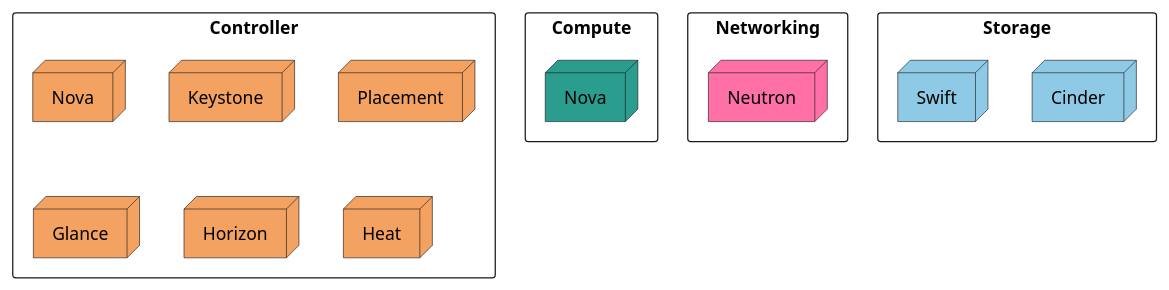
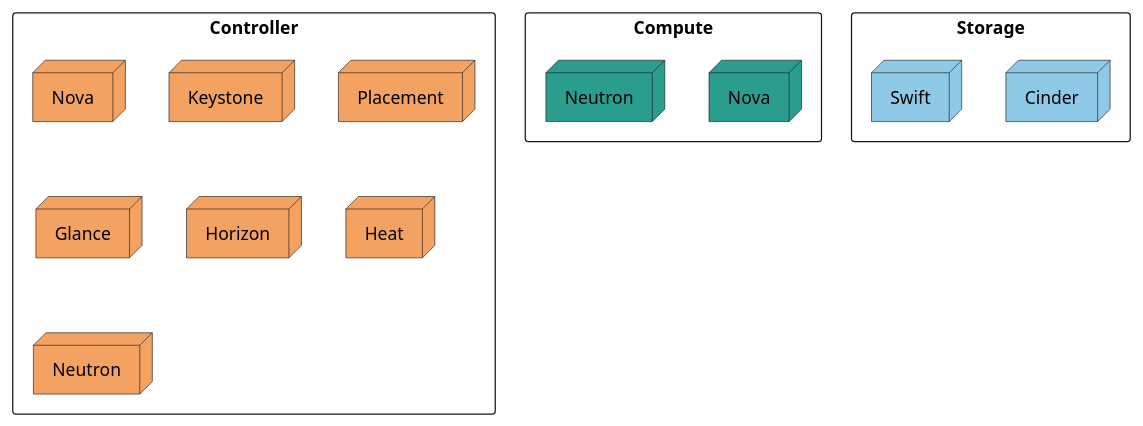
The diagram in src/docs/openstack-architecture.org (greppers/greppers.github.io), drawn with PlantUML before and after one commit. The commit also changed 3 other files, not shown here.

```diff
--- a/src/docs/openstack-architecture.org
+++ b/src/docs/openstack-architecture.org
@@ -5,28 +5,26 @@
 #+begin_src plantuml :file ../../assets/images/arch.svg :exports results
 @startuml
 skinparam BackgroundColor transparent
 skinparam componentStyle rectangle
 
 component Controller {
-	node Nova as N1 #f4a261
+	node Nova as NO1 #f4a261
 	node Keystone   #f4a261
 	node Placement  #f4a261
 	node Glance     #f4a261
 	node Horizon    #f4a261
 	node Heat       #f4a261
+	node Neutron as NE1    #f4a261
 }
 
 component Compute {
-	node Nova as N2 #2a9d8f
-}
-
-component Networking {
-	node Neutron   #ff70a6
+	node Nova as NO2     #2a9d8f
+	node Neutron as NE2 #2a9d8f
 }
 
 component Storage {
 	node Cinder    #8ecae6
 	node Swift     #8ecae6
 }
 @enduml
 #+end_src
```
